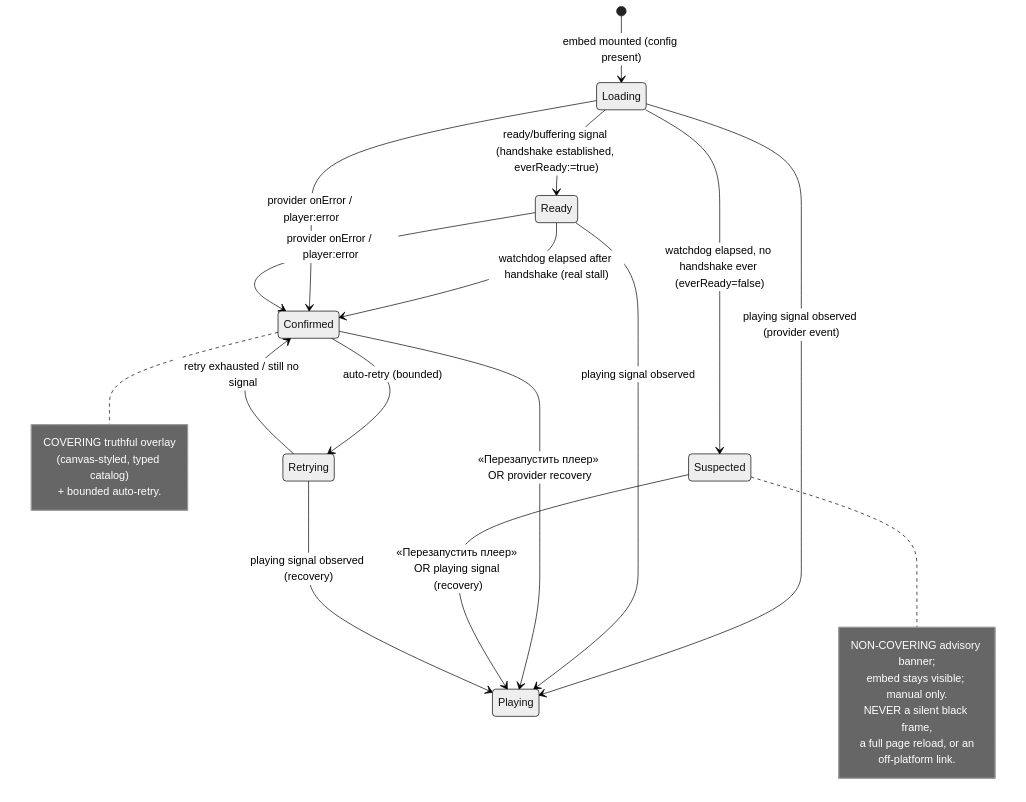
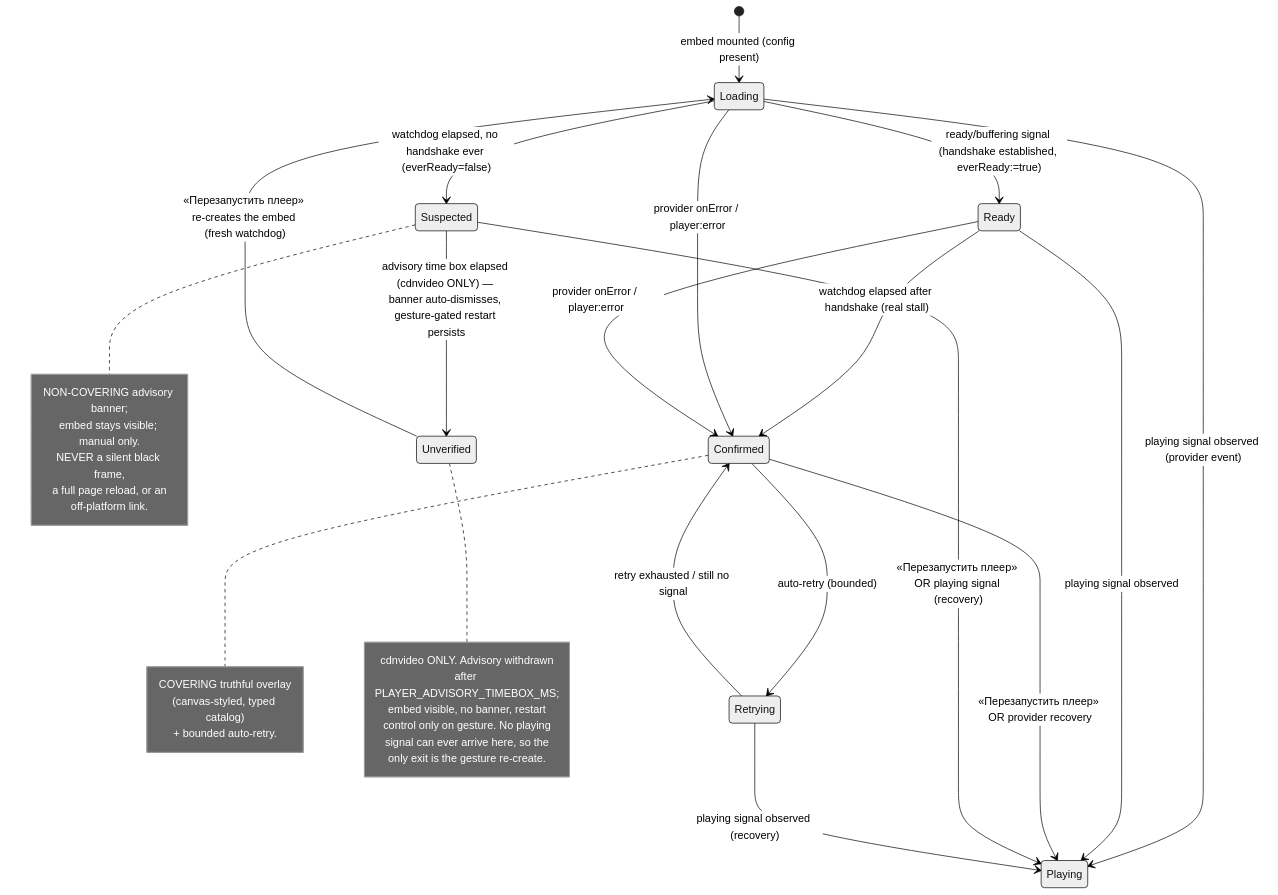
The fourth of 9 diagrams in apps/docs/content/specs/features/006-webinar-room/006-design.md (doctor-school/ds-platform), drawn with Mermaid (neutral theme) before and after one commit. The commit also changed other lines of this file and 3 other files, not shown here.

````diff
--- a/apps/docs/content/specs/features/006-webinar-room/006-design.md
+++ b/apps/docs/content/specs/features/006-webinar-room/006-design.md
@@ -116,28 +116,38 @@
 ```mermaid
 stateDiagram-v2
   [*] --> Loading: embed mounted (config present)
   Loading --> Playing: playing signal observed (provider event)
   Loading --> Ready: ready/buffering signal (handshake established, everReady:=true)
   Ready --> Playing: playing signal observed
   Loading --> Suspected: watchdog elapsed, no handshake ever (everReady=false)
+  Suspected --> Unverified: advisory time box elapsed (cdnvideo ONLY) — banner auto-dismisses, gesture-gated restart persists
+  Unverified --> Loading: «Перезапустить плеер» re-creates the embed (fresh watchdog)
   Ready --> Confirmed: watchdog elapsed after handshake (real stall)
   Loading --> Confirmed: provider onError / player:error
   Ready --> Confirmed: provider onError / player:error
   Confirmed --> Retrying: auto-retry (bounded)
   Confirmed --> Playing: «Перезапустить плеер» OR provider recovery
   Suspected --> Playing: «Перезапустить плеер» OR playing signal (recovery)
   Retrying --> Playing: playing signal observed (recovery)
   Retrying --> Confirmed: retry exhausted / still no signal
   note right of Confirmed
     COVERING truthful overlay
     (canvas-styled, typed catalog)
     + bounded auto-retry.
   end note
+  note right of Unverified
+    cdnvideo ONLY. Advisory withdrawn
+    after PLAYER_ADVISORY_TIMEBOX_MS;
+    embed visible, no banner, restart
+    control only on gesture. No playing
+    signal can ever arrive here, so the
+    only exit is the gesture re-create.
+  end note
   note right of Suspected
     NON-COVERING advisory banner;
     embed stays visible; manual only.
     NEVER a silent black frame,
     a full page reload, or an
     off-platform link.
   end note
 ```
````
